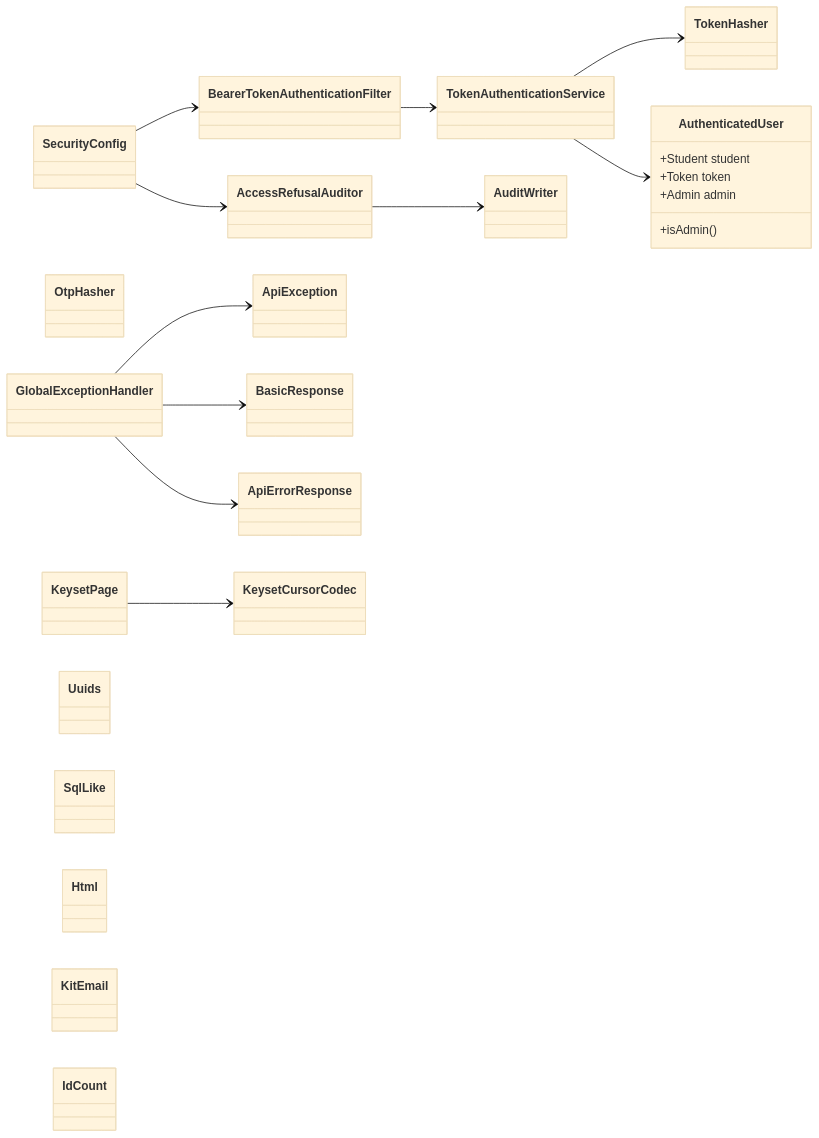
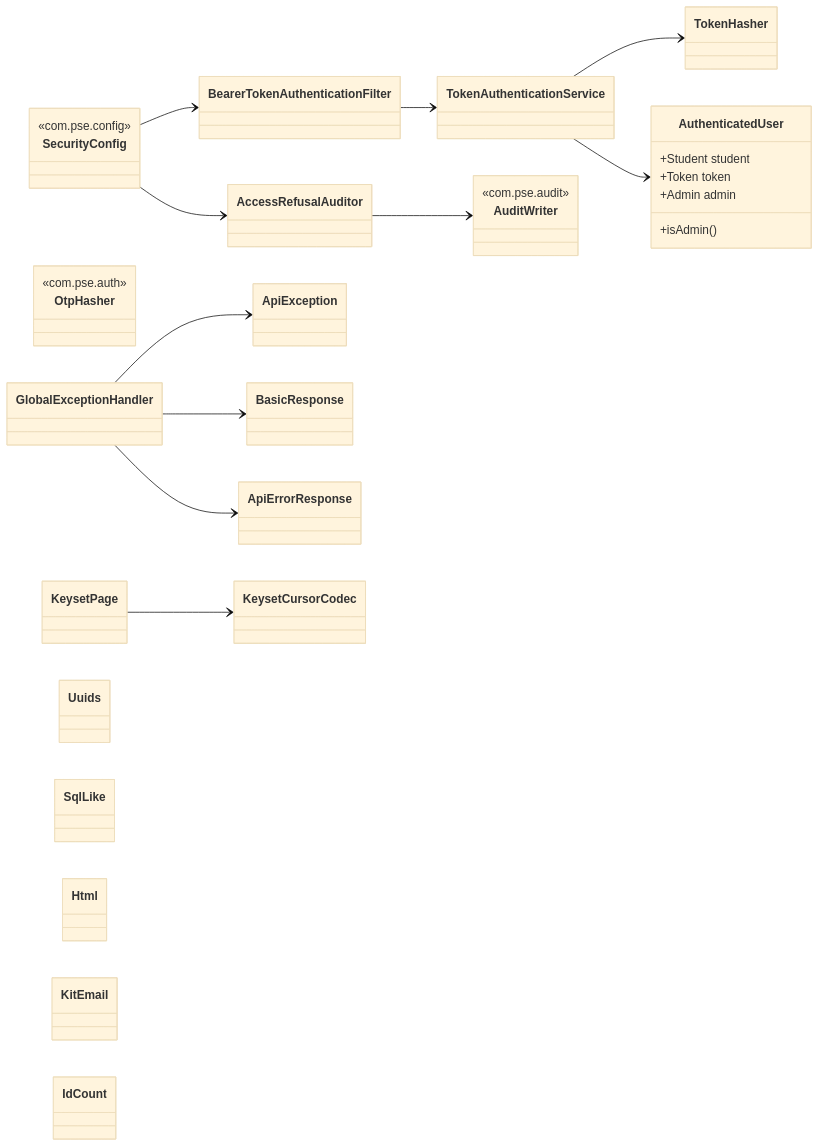
One commit to AlparslanSemiz/rate-my-professor changed the sixth of 6 diagrams in backend/docs/class-diagrams.md. Above: the diagram before and after it, drawn with Mermaid (base theme). The commit also changed other lines of this file and 10 other files, not shown here.

````diff
--- a/backend/docs/class-diagrams.md
+++ b/backend/docs/class-diagrams.md
@@ -370,41 +391,48 @@
 ```mermaid
 classDiagram
     direction LR
 
-    class SecurityConfig
+    class SecurityConfig {
+        <<com.pse.config>>
+    }
     class BearerTokenAuthenticationFilter
     class TokenAuthenticationService
     class AuthenticatedUser {
         +Student student
         +Token token
         +Admin admin
         +isAdmin()
     }
     class AccessRefusalAuditor
     class TokenHasher
-    class OtpHasher
+    class OtpHasher {
+        <<com.pse.auth>>
+    }
+    class AuditWriter {
+        <<com.pse.audit>>
+    }
 
     class GlobalExceptionHandler
     class ApiException
     class BasicResponse
     class ApiErrorResponse
     class KeysetCursorCodec
     class KeysetPage
     class Uuids
     class SqlLike
     class Html
     class KitEmail
     class IdCount
 
     SecurityConfig --> BearerTokenAuthenticationFilter
     SecurityConfig --> AccessRefusalAuditor
     BearerTokenAuthenticationFilter --> TokenAuthenticationService
     TokenAuthenticationService --> TokenHasher
     TokenAuthenticationService --> AuthenticatedUser
     AccessRefusalAuditor --> AuditWriter
 
     GlobalExceptionHandler --> ApiException
     GlobalExceptionHandler --> BasicResponse
     GlobalExceptionHandler --> ApiErrorResponse
     KeysetPage --> KeysetCursorCodec
 ```
````
